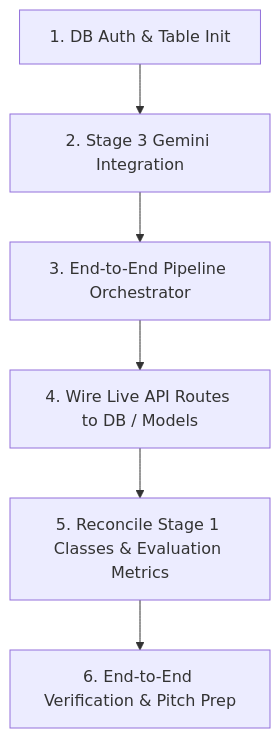
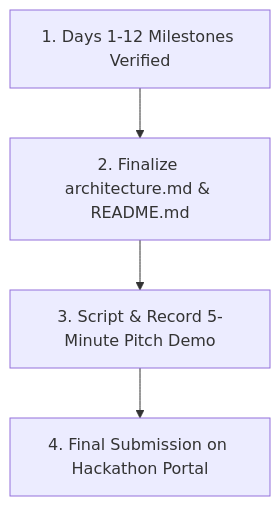
One commit to priyanshu1985/VasooliAI changed the diagram in docs/audit_report.md. Above: the diagram before and after it, drawn with Mermaid. The commit also changed other lines of this file and 7 other files, not shown here.

Commit message:
f backend API routes, Razorpay webhook integration, and audit trail functionality

````diff
--- a/docs/audit_report.md
+++ b/docs/audit_report.md
@@ -115,8 +85,6 @@
 ```mermaid
 flowchart TD
-    A["1. DB Auth & Table Init"] --> B["2. Stage 3 Gemini Integration"]
-    B --> C["3. End-to-End Pipeline Orchestrator"]
-    C --> D["4. Wire Live API Routes to DB / Models"]
-    D --> E["5. Reconcile Stage 1 Classes & Evaluation Metrics"]
-    E --> F["6. End-to-End Verification & Pitch Prep"]
+    A["1. Days 1-12 Milestones Verified"] --> B["2. Finalize architecture.md & README.md"]
+    B --> C["3. Script & Record 5-Minute Pitch Demo"]
+    C --> D["4. Final Submission on Hackathon Portal"]
 ```
````
